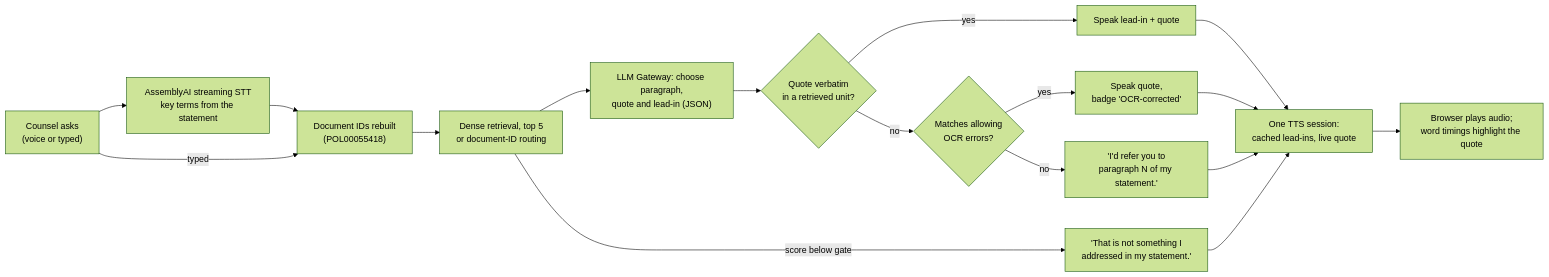
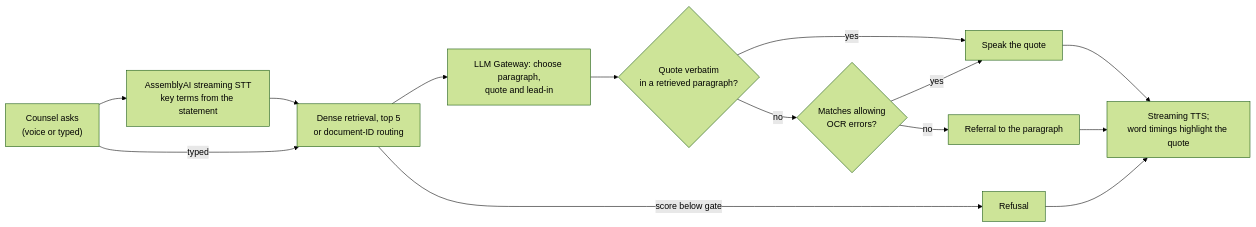
Before and after one commit to ishaan-bhalla/cross-exam: the diagram in README.md, drawn with Mermaid (forest theme). The commit also changed other lines of this file, not shown here.

````diff
--- a/README.md
+++ b/README.md
@@ -37,19 +67,16 @@
 ```mermaid
 flowchart LR
   Q["Counsel asks<br/>(voice or typed)"] --> STT["AssemblyAI streaming STT<br/>key terms from the statement"]
-  STT --> IDS["Document IDs rebuilt<br/>(POL00055418)"]
-  Q -- typed --> IDS
-  IDS --> R["Dense retrieval, top 5<br/>or document-ID routing"]
-  R -- "score below gate" --> NC["'That is not something I<br/>addressed in my statement.'"]
-  R --> LLM["LLM Gateway: choose paragraph,<br/>quote and lead-in (JSON)"]
-  LLM --> V{"Quote verbatim<br/>in a retrieved unit?"}
-  V -- yes --> SAY["Speak lead-in + quote"]
+  STT --> R["Dense retrieval, top 5<br/>or document-ID routing"]
+  Q -- typed --> R
+  R -- "score below gate" --> NC["Refusal"]
+  R --> LLM["LLM Gateway: choose paragraph,<br/>quote and lead-in"]
+  LLM --> V{"Quote verbatim<br/>in a retrieved paragraph?"}
+  V -- yes --> SAY["Speak the quote"]
   V -- no --> OCR{"Matches allowing<br/>OCR errors?"}
-  OCR -- yes --> SAYO["Speak quote,<br/>badge 'OCR-corrected'"]
-  OCR -- no --> REF["'I'd refer you to<br/>paragraph N of my statement.'"]
-  SAY --> TTS["One TTS session:<br/>cached lead-ins, live quote"]
-  SAYO --> TTS
+  OCR -- yes --> SAY
+  OCR -- no --> REF["Referral to the paragraph"]
+  SAY --> TTS["Streaming TTS;<br/>word timings highlight the quote"]
   REF --> TTS
   NC --> TTS
-  TTS --> UI["Browser plays audio;<br/>word timings highlight the quote"]
 ```
````
